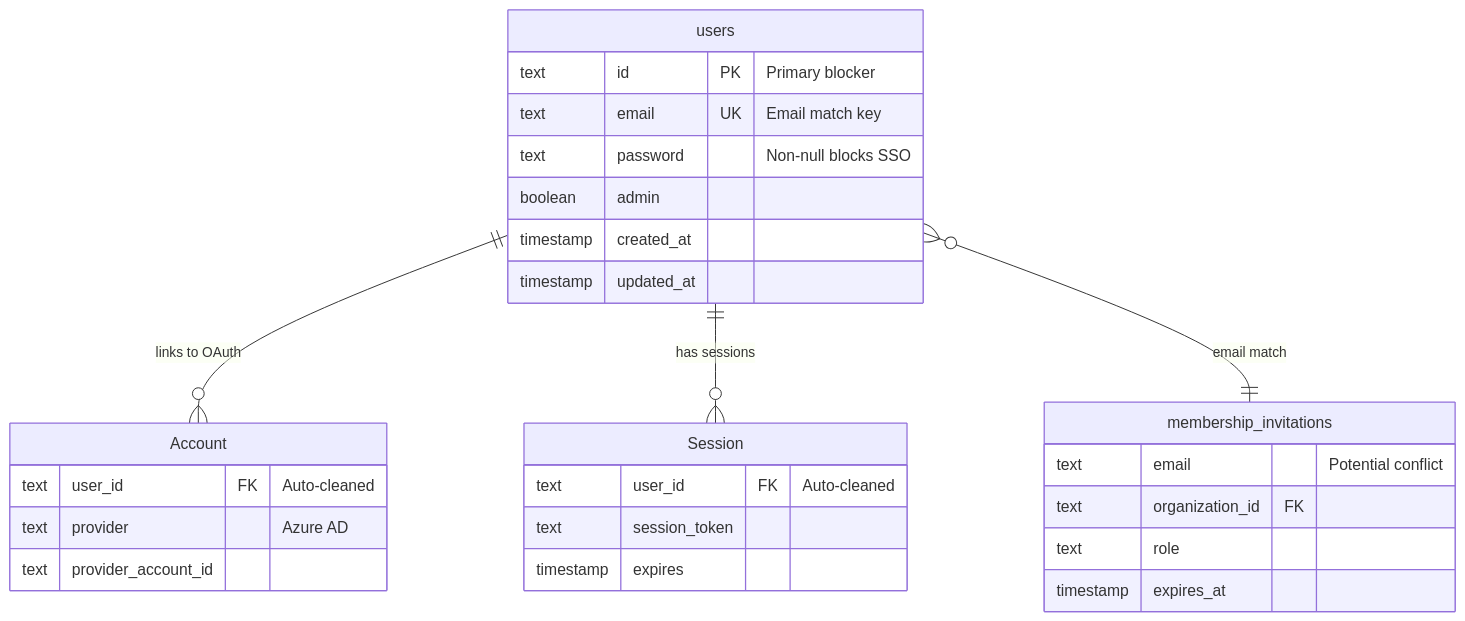
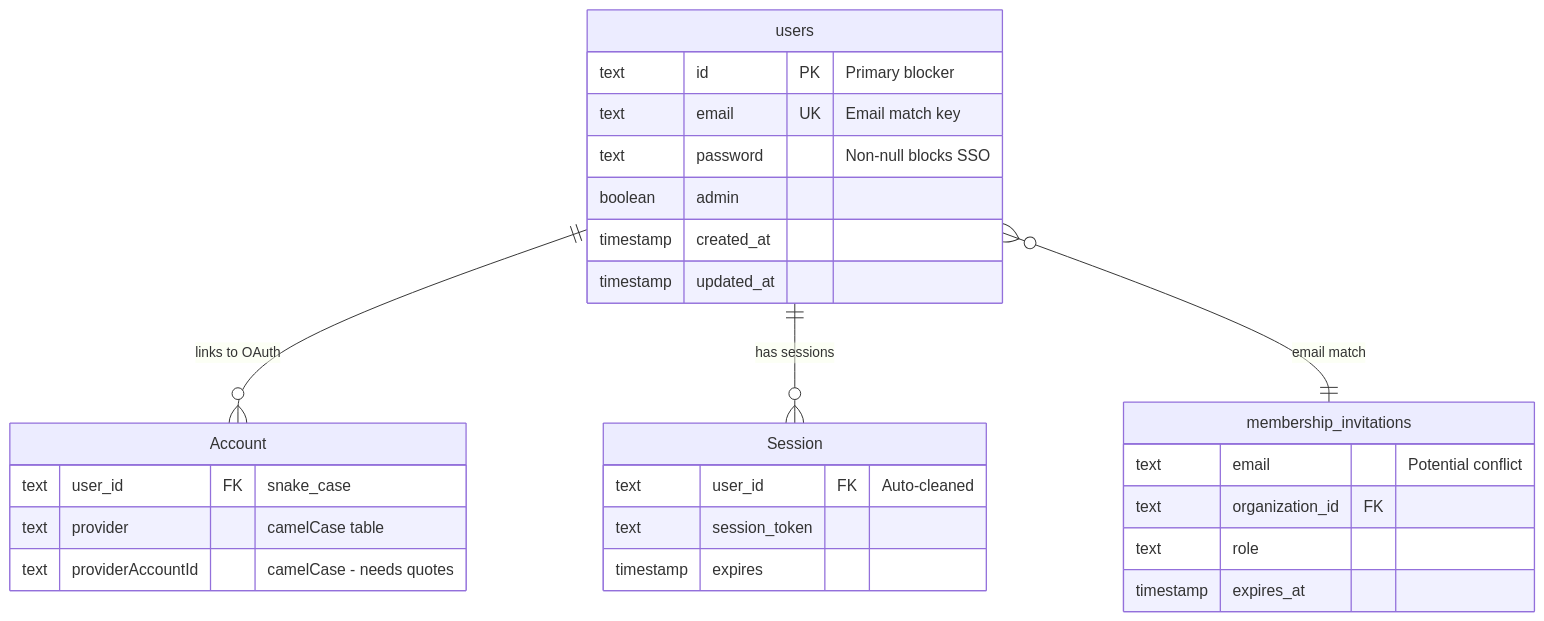
One commit to JusticeAIUnit/langfuse-tracing-selfhost changed the diagram in how-to/user-management.qmd. Above: the diagram before and after it, drawn with Mermaid. The commit also changed other lines of this file and 1 other file, not shown here.

Commit message:
refactor: Clearer user management instructions

````diff
--- a/how-to/user-management.qmd
+++ b/how-to/user-management.qmd
@@ -71,34 +117,34 @@
 ```{mermaid}
 erDiagram
     users ||--o{ Account : "links to OAuth"
     users ||--o{ Session : "has sessions"
     users }o--|| membership_invitations : "email match"
     
     users {
         text id PK "Primary blocker"
         text email UK "Email match key"
         text password "Non-null blocks SSO"
         boolean admin
         timestamp created_at
         timestamp updated_at
     }
     
     Account {
-        text user_id FK "Auto-cleaned"
-        text provider "Azure AD"
-        text provider_account_id
+        text user_id FK "snake_case"
+        text provider "camelCase table"
+        text providerAccountId "camelCase - needs quotes"
     }
     
     Session {
         text user_id FK "Auto-cleaned"
         text session_token
         timestamp expires
     }
     
     membership_invitations {
         text email "Potential conflict"
         text organization_id FK
         text role
         timestamp expires_at
     }
 ```
````
